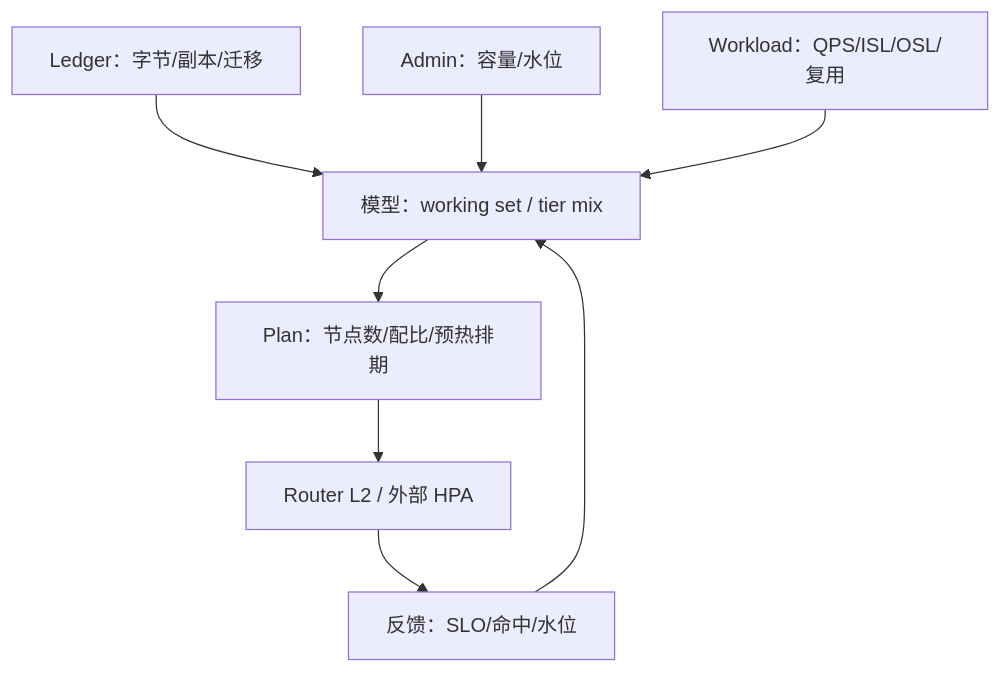
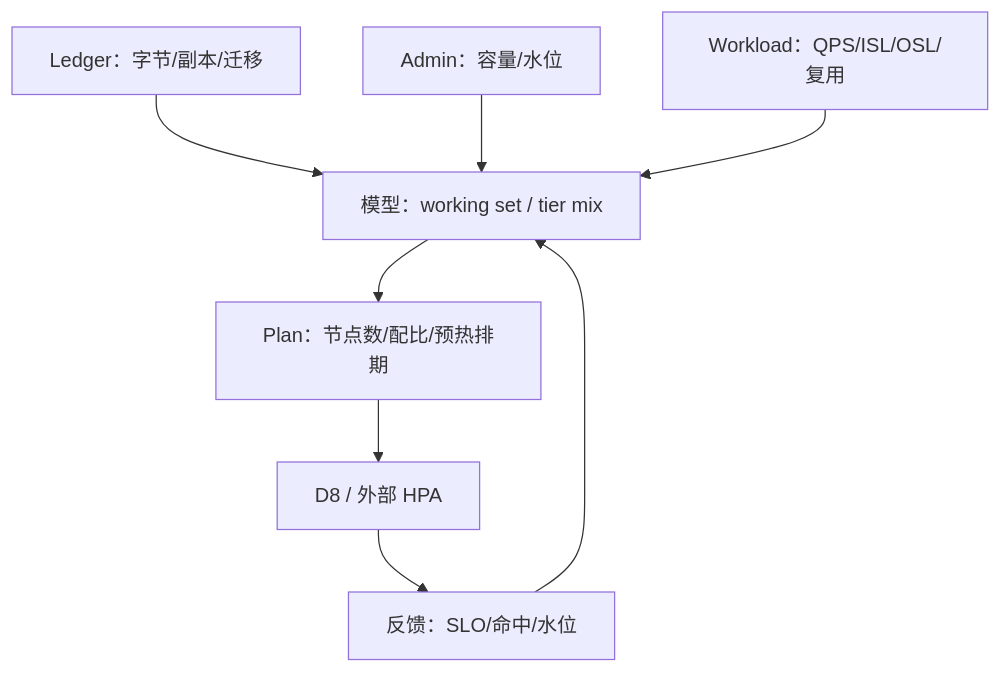
The fourth of 6 diagrams in kvcm/design/D9-kv-services.md (5x8-40/lake), drawn with Mermaid before and after one commit. The commit also changed other lines of this file and 3 other files, not shown here.

````diff
--- a/kvcm/design/D9-kv-services.md
+++ b/kvcm/design/D9-kv-services.md
@@ -269,10 +166,10 @@
 ```mermaid
 flowchart TB
     L["Ledger：字节/副本/迁移"] --> M["模型：working set / tier mix"]
     A["Admin：容量/水位"] --> M
     W["Workload：QPS/ISL/OSL/复用"] --> M
     M --> P["Plan：节点数/配比/预热排期"]
-    P --> R["Router L2 / 外部 HPA"]
+    P --> R["D8 / 外部 HPA"]
     R --> F["反馈：SLO/命中/水位"]
     F --> M
 ```
````
